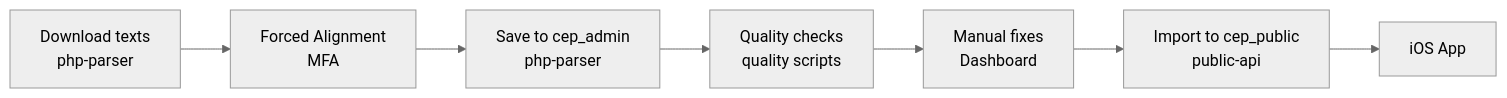
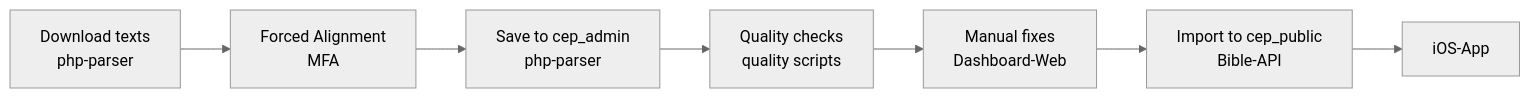
Before and after one commit to Bible-Garden/Architecture: the second of 4 diagrams in architecture.md, drawn with Mermaid (neutral theme). The commit also changed other lines of this file, not shown here.

First line of the commit message:
Update architecture to match GitHub repos and current state

````diff
--- a/architecture.md
+++ b/architecture.md
@@ -40,9 +52,9 @@
 ```mermaid
 flowchart LR
     A[Download texts<br/>php-parser] --> B[Forced Alignment<br/>MFA]
     B --> C[Save to cep_admin<br/>php-parser]
     C --> D[Quality checks<br/>quality scripts]
-    D --> E[Manual fixes<br/>Dashboard]
-    E --> F[Import to cep_public<br/>public-api]
-    F --> G[iOS App]
+    D --> E[Manual fixes<br/>Dashboard-Web]
+    E --> F[Import to cep_public<br/>Bible-API]
+    F --> G[iOS-App]
 ```
````
